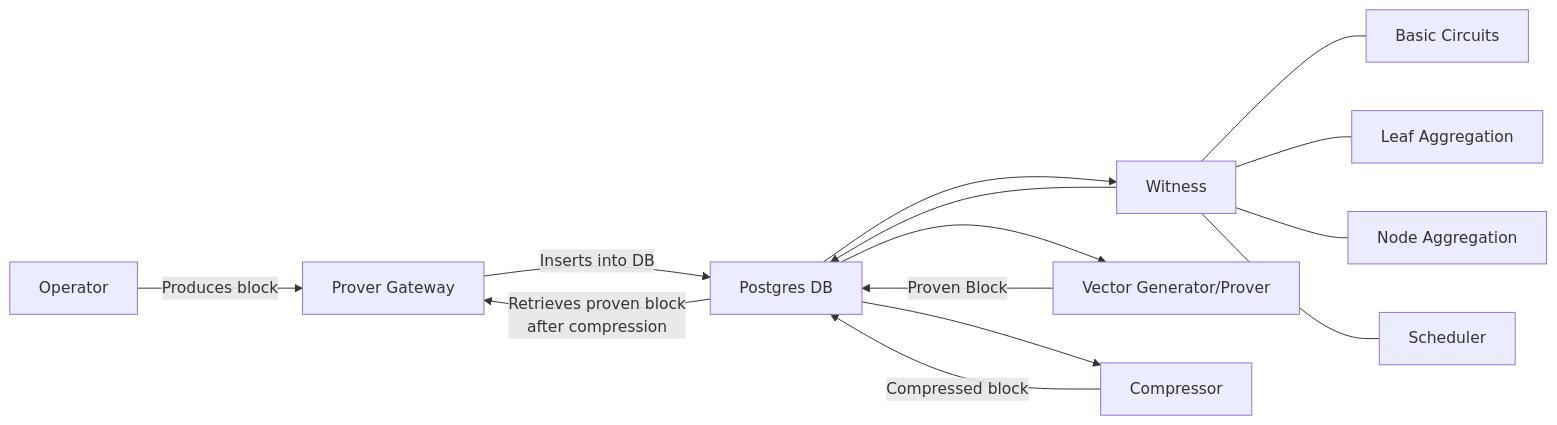
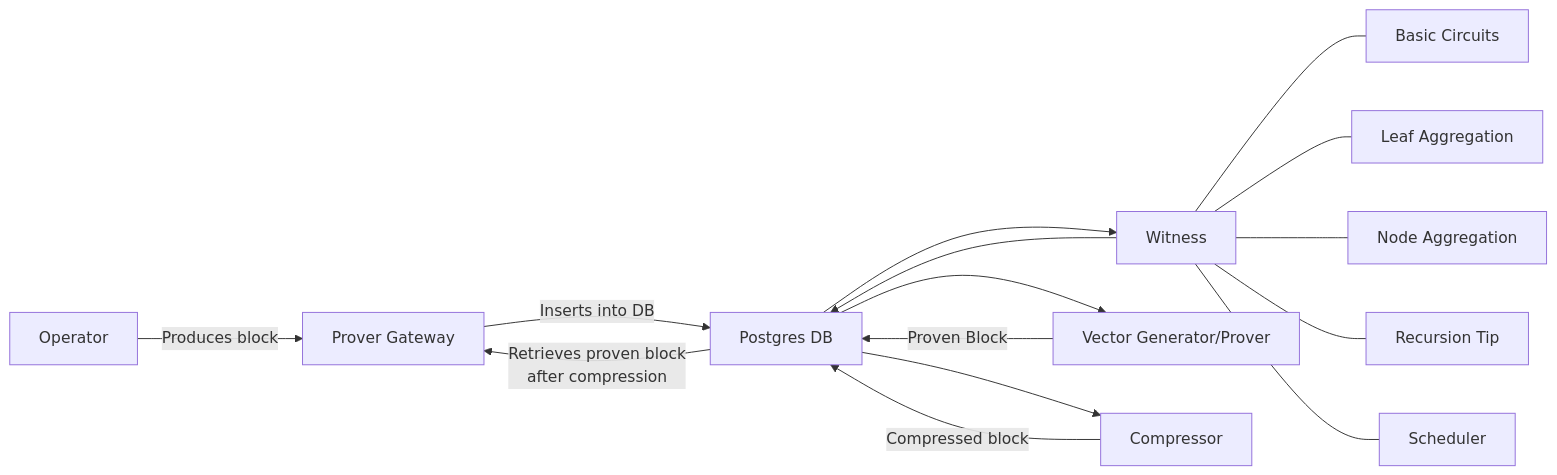
The diagram in prover/prover_fri/README.md (matter-labs/zksync-era), drawn with Mermaid before and after one commit. The commit also changed other lines of this file and 118 other files, not shown here.

````diff
--- a/prover/prover_fri/README.md
+++ b/prover/prover_fri/README.md
@@ -17,16 +17,17 @@
 ```mermaid
 flowchart LR
     A["Operator"] --> |Produces block| F[Prover Gateway]
     F --> |Inserts into DB| B["Postgres DB"]
     B --> |Retrieves proven block \nafter compression| F
     B --> C["Witness"]
     C --- C1["Basic Circuits"]
     C --- C2["Leaf Aggregation"]
     C --- C3["Node Aggregation"]
-    C --- C4["Scheduler"]
+    C --- C4["Recursion Tip"]
+    C --- C5["Scheduler"]
     C --> B
     B --> D["Vector Generator/Prover"]
     D --> |Proven Block| B
     B --> G["Compressor"]
     G --> |Compressed block| B
 ```
````
